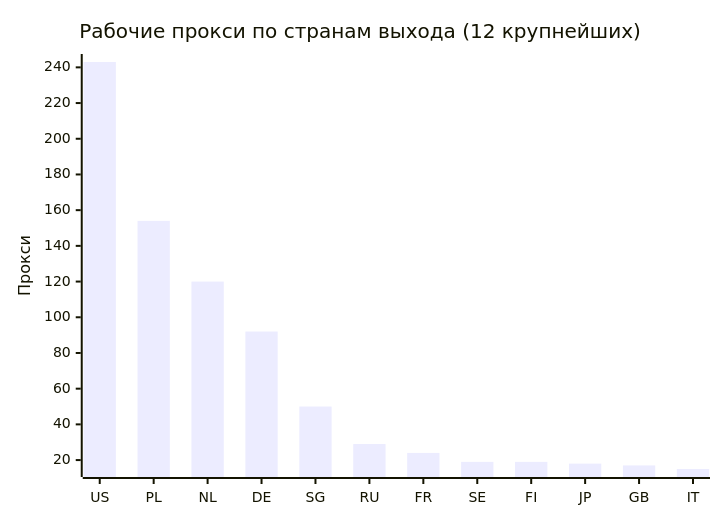
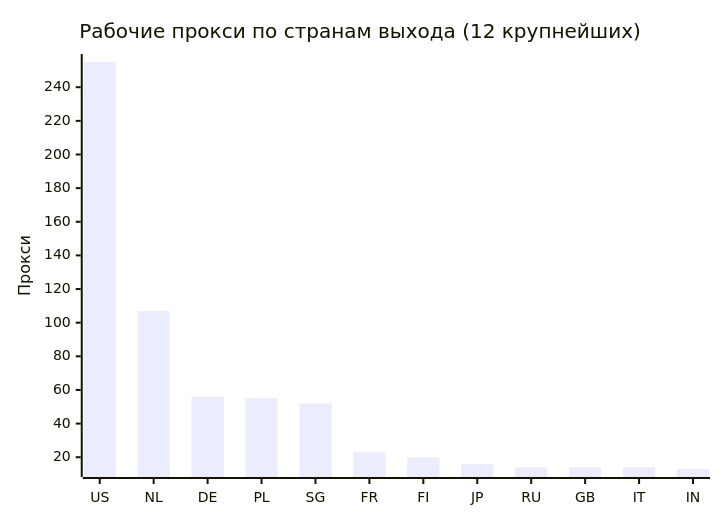
Before and after one commit to rvvg/proxy-subs: the second of 4 diagrams in README.md, drawn with Mermaid. The commit also changed other lines of this file and 55 other files, not shown here.

````diff
--- a/README.md
+++ b/README.md
@@ -127,7 +131,7 @@
 ```mermaid
 xychart-beta
     title "Рабочие прокси по странам выхода (12 крупнейших)"
-    x-axis ["US", "PL", "NL", "DE", "SG", "RU", "FR", "SE", "FI", "JP", "GB", "IT"]
+    x-axis ["US", "NL", "DE", "PL", "SG", "FR", "FI", "JP", "RU", "GB", "IT", "IN"]
     y-axis "Прокси"
-    bar [243, 154, 120, 92, 50, 29, 24, 19, 19, 18, 17, 15]
+    bar [255, 107, 56, 55, 52, 23, 20, 16, 14, 14, 14, 13]
 ```
````
